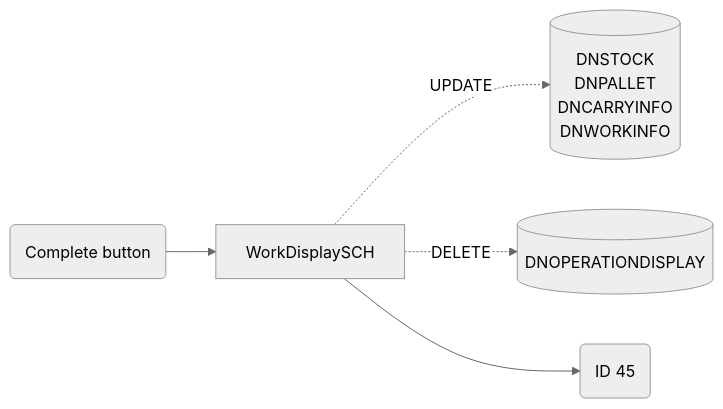
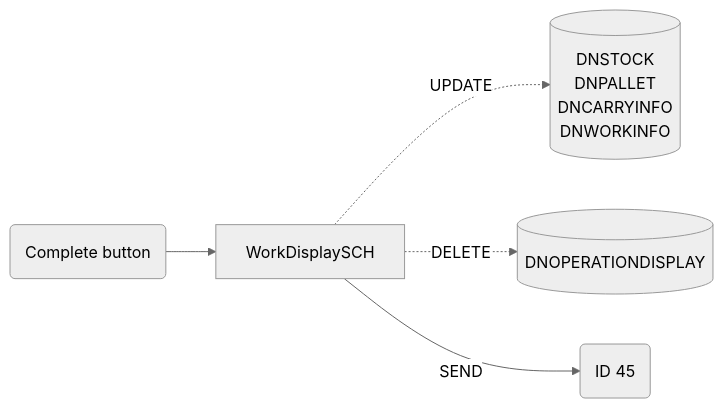
One commit to luthfiadityaa/SimeDarby-Wiki changed diagram 12 of 22 in Basic-Design/DFD-WMS/Inventory-Check/Inventory-Check-from-Ambient-Area.md. Above: the diagram before and after it, drawn with Mermaid (neutral theme).

Commit message:
Updated Inventory Check from Ambient Area

```diff
--- a/Basic-Design/DFD-WMS/Inventory-Check/Inventory-Check-from-Ambient-Area.md
+++ b/Basic-Design/DFD-WMS/Inventory-Check/Inventory-Check-from-Ambient-Area.md
@@ -485,29 +485,29 @@
 ::: mermaid
 flowchart LR
 
 input("
 Complete button
 ")
 
 id45msg("
 ID 45
 ")
 
 workdisplay-update[("
 DNSTOCK
 DNPALLET
 DNCARRYINFO
 DNWORKINFO
 ")]
 
 workdisplay-delete[("
 DNOPERATIONDISPLAY
 ")]
 
 workdisplay[WorkDisplaySCH]
 
 input-->workdisplay
 workdisplay-.UPDATE.->workdisplay-update
 workdisplay-.DELETE.->workdisplay-delete
-workdisplay-->id45msg
+workdisplay--SEND-->id45msg
 :::
```
